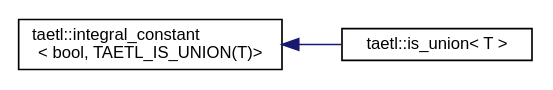
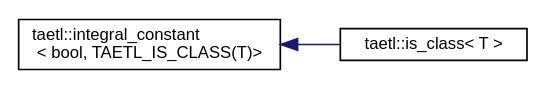
Before and after one commit to tobanteAudio/taetl: the diagram in inherit_graph_9.dot, drawn with Graphviz. The commit also changed 72 other files, not shown here.

```diff
--- a/inherit_graph_9.dot
+++ b/inherit_graph_9.dot
@@ -1,9 +1,9 @@
 digraph "Graphical Class Hierarchy"
 {
   edge [fontname="Helvetica",fontsize="10",labelfontname="Helvetica",labelfontsize="10"];
   node [fontname="Helvetica",fontsize="10",shape=record];
   rankdir="LR";
-  Node0 [label="taetl::integral_constant\l\< bool, TAETL_IS_UNION(T)\>",height=0.2,width=0.4,color="black", fillcolor="white", style="filled",URL="$structtaetl_1_1integral__constant.html"];
+  Node0 [label="taetl::integral_constant\l\< bool, TAETL_IS_CLASS(T)\>",height=0.2,width=0.4,color="black", fillcolor="white", style="filled",URL="$structtaetl_1_1integral__constant.html"];
   Node0 -> Node1 [dir="back",color="midnightblue",fontsize="10",style="solid",fontname="Helvetica"];
-  Node1 [label="taetl::is_union\< T \>",height=0.2,width=0.4,color="black", fillcolor="white", style="filled",URL="$structtaetl_1_1is__union.html"];
+  Node1 [label="taetl::is_class\< T \>",height=0.2,width=0.4,color="black", fillcolor="white", style="filled",URL="$structtaetl_1_1is__class.html"];
 }
```
